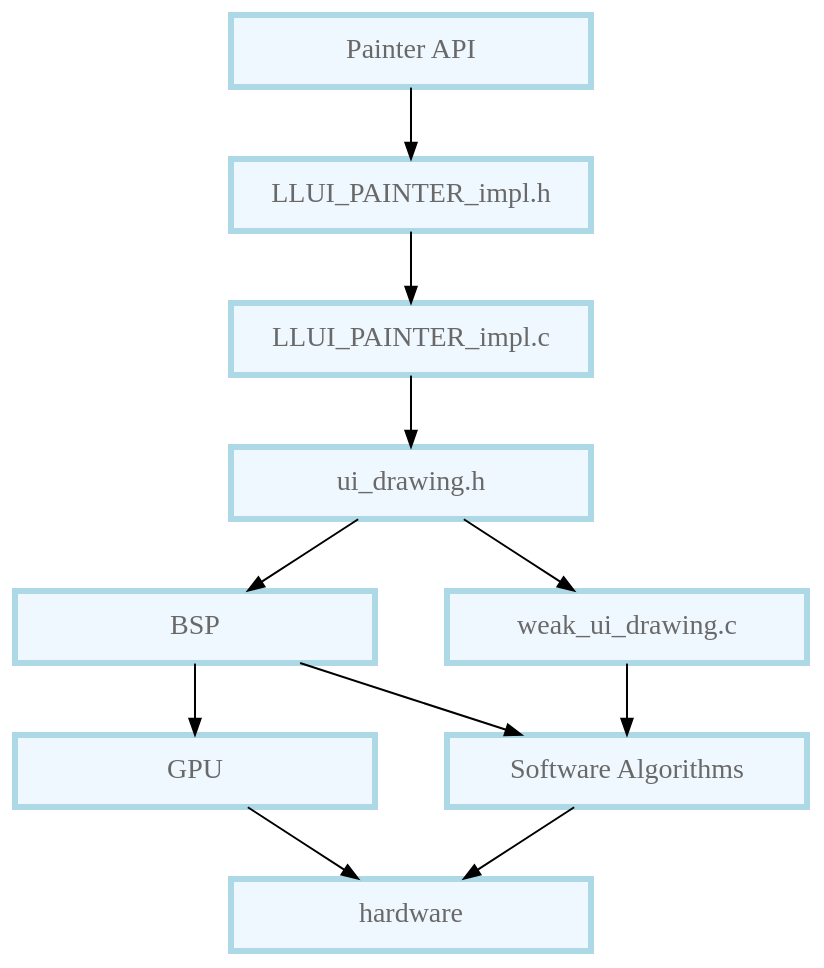
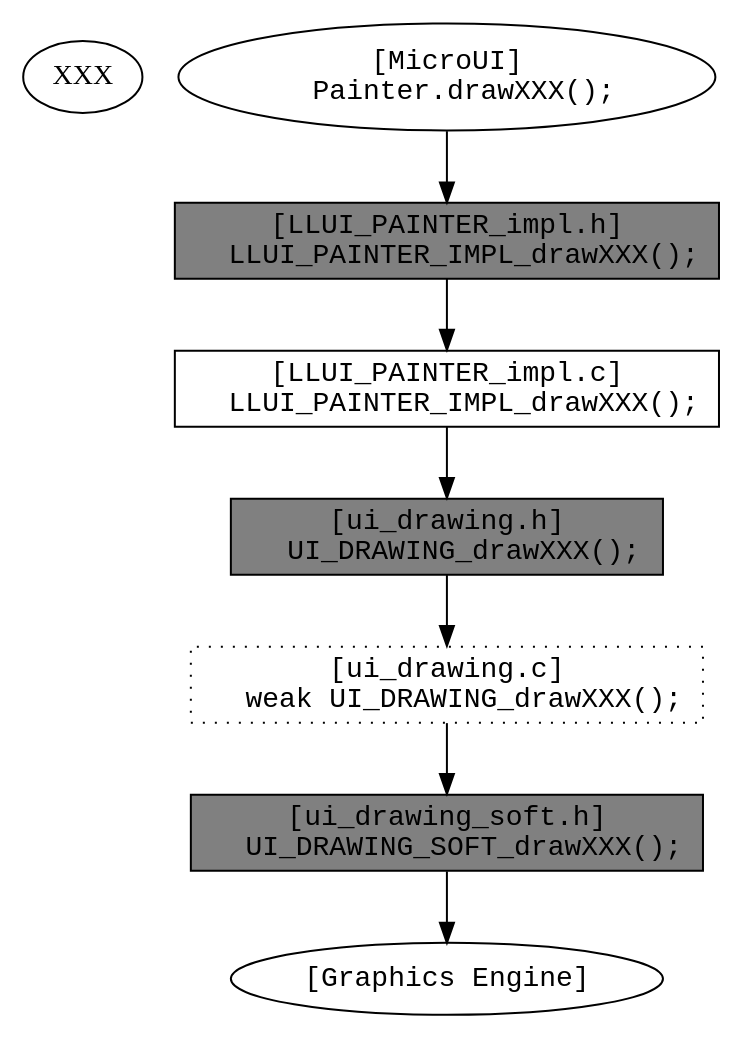
One commit to MicroEJ/docs changed the first of 4 diagrams in VEEPortingGuide/uiImageCore.rst. Above: the diagram before and after it, drawn with Graphviz. The commit also changed other lines of this file, not shown here.

Commit message:
Add graphs in Image Renderer chapter.

```diff
--- a/VEEPortingGuide/uiImageCore.rst
+++ b/VEEPortingGuide/uiImageCore.rst
@@ -31,43 +32,28 @@
 .. graphviz::
 
    digraph {
-   
-      graph [
-         overlap=false
-         splines=true
-         nodesep=0.5
-         ranksep=0.5
-         bgcolor="transparent"
-         center=1
-      ];
+   XXX
+      ratio="auto"
+      splines="true";
+      node [style=filled fillcolor=white shape=rectangle fontname=monospace fontcolor=black width=3];
          
-      node [
-         fixedsize=true,
-         fontname="Ubuntu"
-         fontsize=14
-         fontcolor=dimgray
-         height=0.5
-         width=2.5
-         shape=box
-         fillcolor=aliceblue
-         color="lightblue"
-         style="filled,setlinewidth(3)",
-      ];
-            
-      edge [
-         arrowsize=0.8
-      ];
-      
-      app [label="Painter API"]
-      bsp [label="BSP"]
-      gpu [label="GPU"]
-      algo [label="Software Algorithms"]
-      llapi  [label="LLUI_PAINTER_impl.h"]
-      llimpl  [label="LLUI_PAINTER_impl.c"]         
-      drawApi  [label="ui_drawing.h"]
-      weak  [label="weak_ui_drawing.c"]
-      hard  [label="hardware"]
+      // --- ELEMENTS -- //
+         
+      mui [label="[MicroUI]
+      Painter.drawXXX();"  shape=ellipse] 
+      LLUI_h [label="[LLUI_PAINTER_impl.h]
+      LLUI_PAINTER_IMPL_drawXXX();" fillcolor=gray]
+      LLUI_c [label="[LLUI_PAINTER_impl.c]
+      LLUI_PAINTER_IMPL_drawXXX();"]
+      UID_h [label="[ui_drawing.h]
+      UI_DRAWING_drawXXX();" fillcolor=gray]
+      UID_weak_c [label="[ui_drawing.c]
+      weak UI_DRAWING_drawXXX();" style=dotted]
+      UID_soft_h [label="[ui_drawing_soft.h]
+      UI_DRAWING_SOFT_drawXXX();" fillcolor=gray]
+      UID_soft_c [label="[Graphics Engine]" shape=ellipse]
+         
+      // --- FLOW -- //
 
-      app -> llapi -> llimpl -> drawApi -> {weak bsp} -> algo -> hard
-      bsp -> gpu -> hard
+      mui->LLUI_h->LLUI_c->UID_h->UID_weak_c->UID_soft_h->UID_soft_c
    }
```
